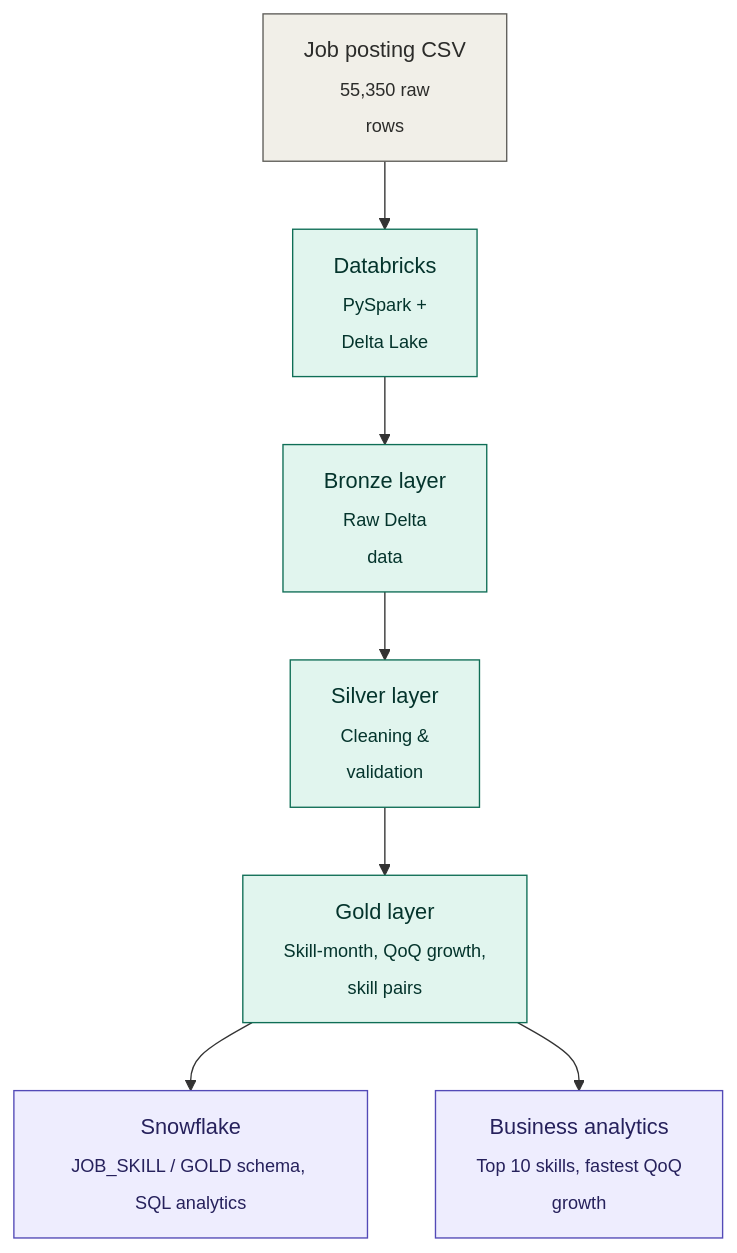
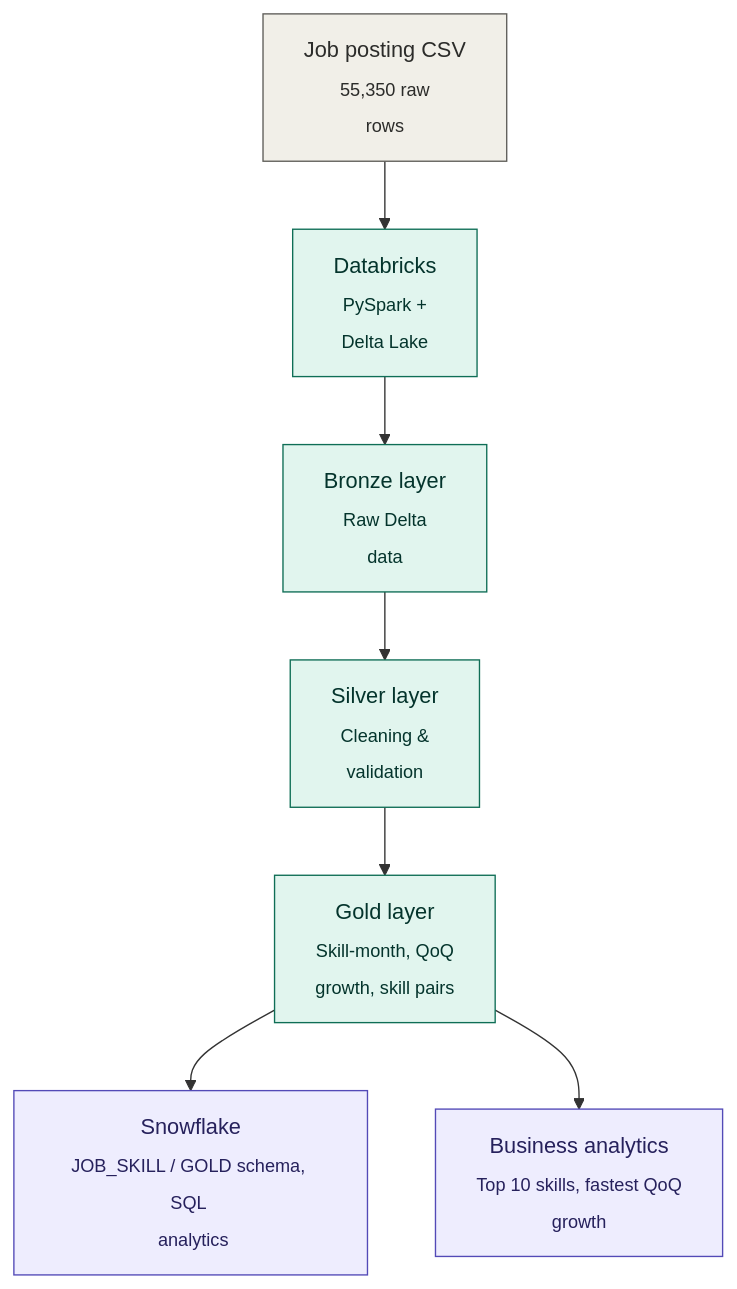
Before and after one commit to AnannyaDash7/SkillDemand360: the diagram in architecture.md, drawn with Mermaid.

Commit message:
architecture.md

````diff
--- a/architecture.md
+++ b/architecture.md
@@ -3,17 +3,17 @@
 ```mermaid 
 flowchart TD
     A["Job posting CSV<br/><sub>55,350 raw <br> rows</sub>"] --> B["Databricks<br/><sub>PySpark +<br> Delta Lake</sub>"]
     B --> C["Bronze layer<br/><sub>Raw Delta <br>data</sub>"]
     C --> D["Silver layer<br/><sub>Cleaning & <br>validation</sub>"]
-    D --> E["Gold layer<br/><sub>Skill-month, QoQ growth,<br> skill pairs</sub>"]
-    E --> F["Snowflake<br/><sub>JOB_SKILL / GOLD schema, SQL analytics</sub>"]
+    D --> E["Gold layer<br/><sub>Skill-month, QoQ <br> growth, skill pairs</sub>"]
+    E --> F["Snowflake<br/><sub>JOB_SKILL / GOLD schema, SQL <br> analytics</sub>"]
     E --> G["Business analytics<br/><sub>Top 10 skills, fastest QoQ <br>growth</sub>"]
 
     classDef source fill:#F1EFE8,stroke:#5F5E5A,color:#2C2C2A;
     classDef pipeline fill:#E1F5EE,stroke:#0F6E56,color:#04342C;
     classDef output fill:#EEEDFE,stroke:#534AB7,color:#26215C;
 
     class A source;
     class B,C,D,E pipeline;
     class F,G output;
 ```
````
